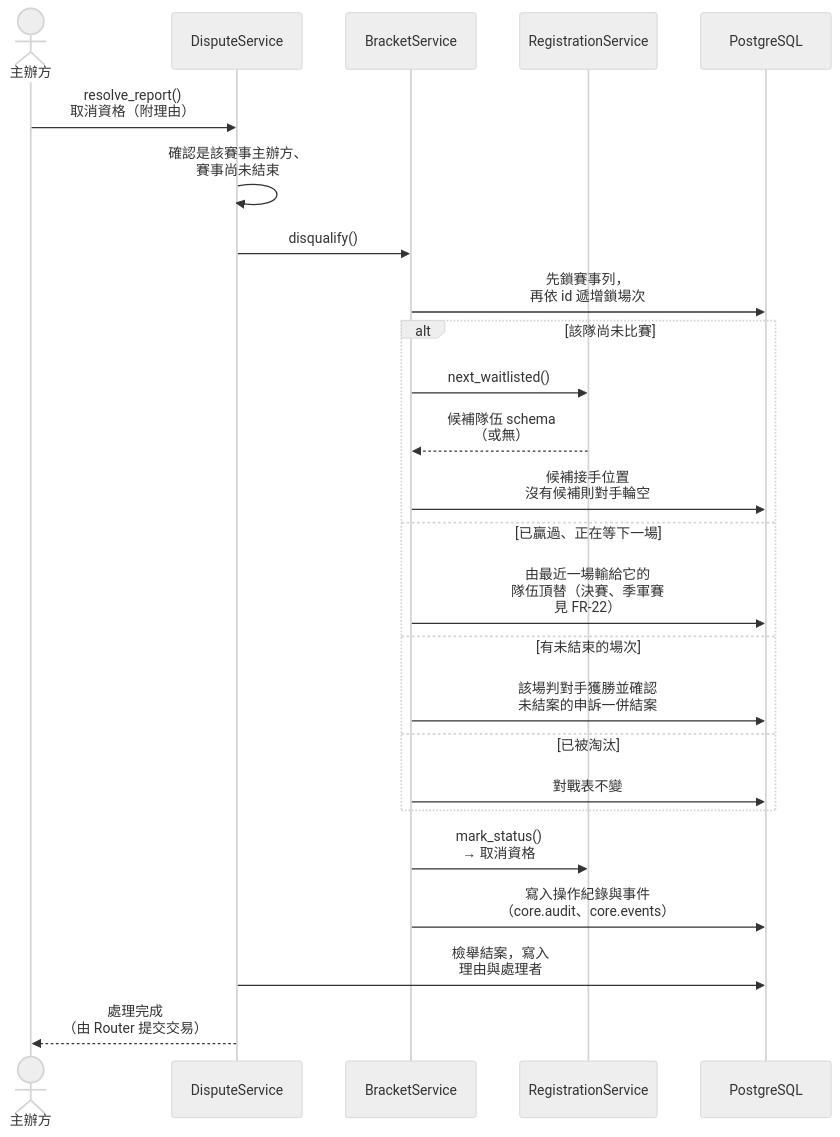
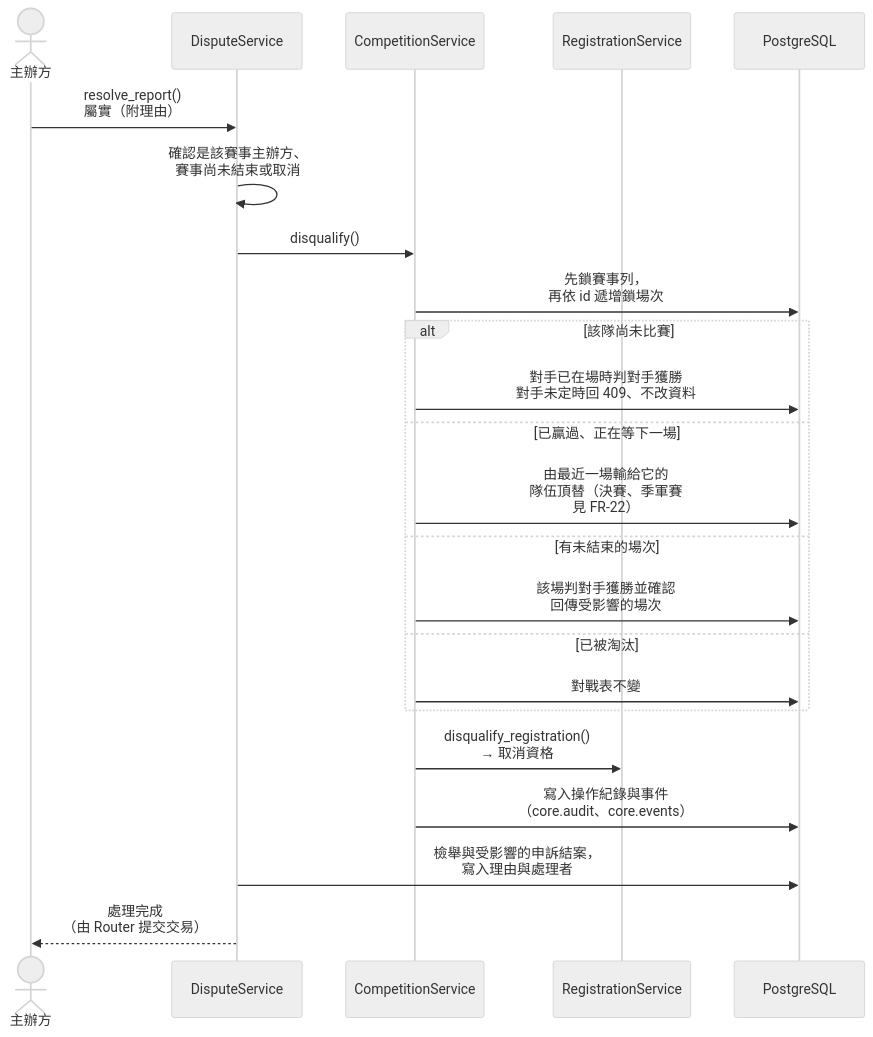
Diagram 15 of 15 in docs/midterm/D-物件設計文件.md (Team14good/esport-platform), drawn with Mermaid (neutral theme) before and after one commit. The commit also changed other lines of this file and 14 other files, not shown here.

````diff
--- a/docs/midterm/D-物件設計文件.md
+++ b/docs/midterm/D-物件設計文件.md
@@ -685,27 +794,25 @@
 ```mermaid
 sequenceDiagram
   actor Org as 主辦方
   participant D as DisputeService
-  participant B as BracketService
+  participant C as CompetitionService
   participant RS as RegistrationService
   participant DB as PostgreSQL
-  Org->>D: resolve_report()<br/>取消資格（附理由）
-  D->>D: 確認是該賽事主辦方、<br/>賽事尚未結束
-  D->>B: disqualify()
-  B->>DB: 先鎖賽事列，<br/>再依 id 遞增鎖場次
+  Org->>D: resolve_report()<br/>屬實（附理由）
+  D->>D: 確認是該賽事主辦方、<br/>賽事尚未結束或取消
+  D->>C: disqualify()
+  C->>DB: 先鎖賽事列，<br/>再依 id 遞增鎖場次
   alt 該隊尚未比賽
-    B->>RS: next_waitlisted()
-    RS-->>B: 候補隊伍 schema<br/>（或無）
-    B->>DB: 候補接手位置<br/>沒有候補則對手輪空
+    C->>DB: 對手已在場時判對手獲勝<br/>對手未定時回 409、不改資料
   else 已贏過、正在等下一場
-    B->>DB: 由最近一場輸給它的<br/>隊伍頂替（決賽、季軍賽<br/>見 FR-22）
+    C->>DB: 由最近一場輸給它的<br/>隊伍頂替（決賽、季軍賽<br/>見 FR-22）
   else 有未結束的場次
-    B->>DB: 該場判對手獲勝並確認<br/>未結案的申訴一併結案
+    C->>DB: 該場判對手獲勝並確認<br/>回傳受影響的場次
   else 已被淘汰
-    B->>DB: 對戰表不變
+    C->>DB: 對戰表不變
   end
-  B->>RS: mark_status()<br/>→ 取消資格
-  B->>DB: 寫入操作紀錄與事件<br/>（core.audit、core.events）
-  D->>DB: 檢舉結案，寫入<br/>理由與處理者
+  C->>RS: disqualify_registration()<br/>→ 取消資格
+  C->>DB: 寫入操作紀錄與事件<br/>（core.audit、core.events）
+  D->>DB: 檢舉與受影響的申訴結案，<br/>寫入理由與處理者
   D-->>Org: 處理完成<br/>（由 Router 提交交易）
 ```
````
